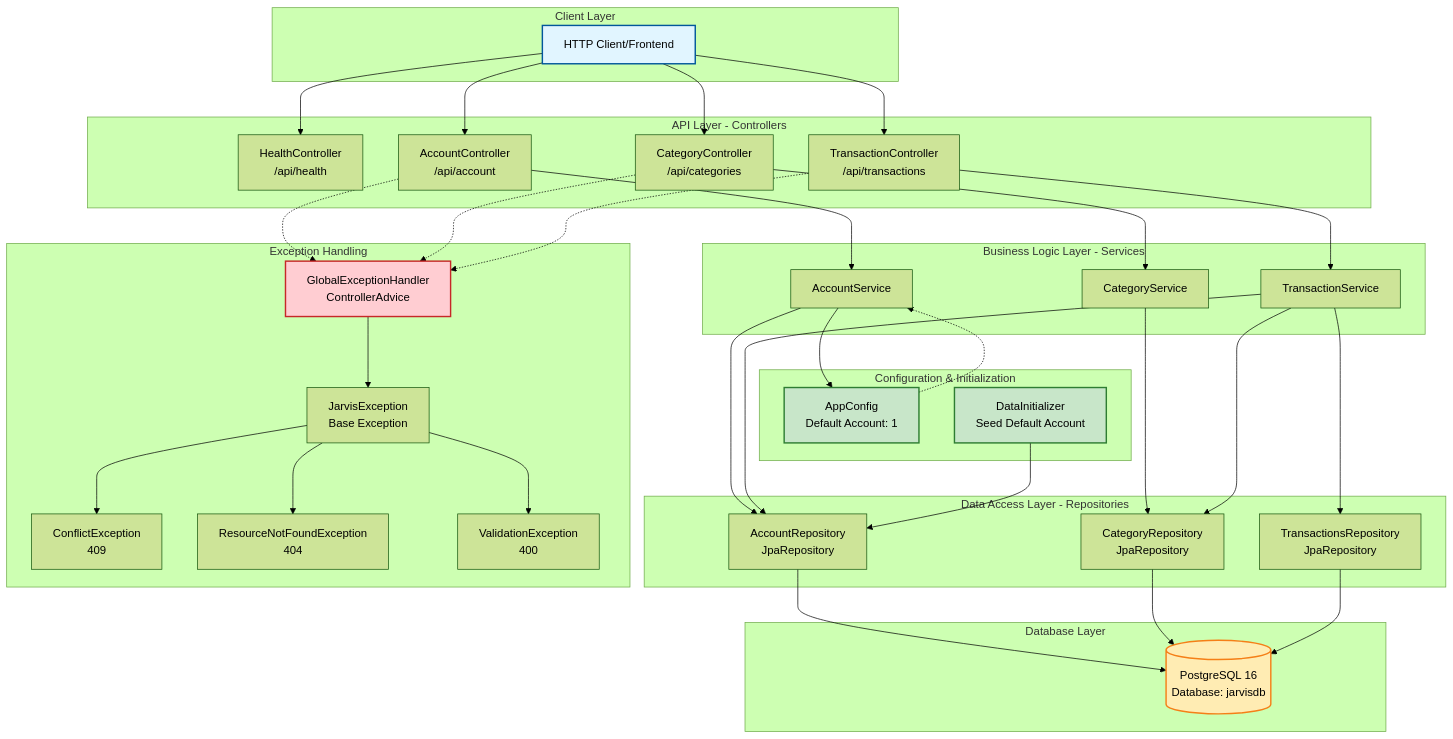
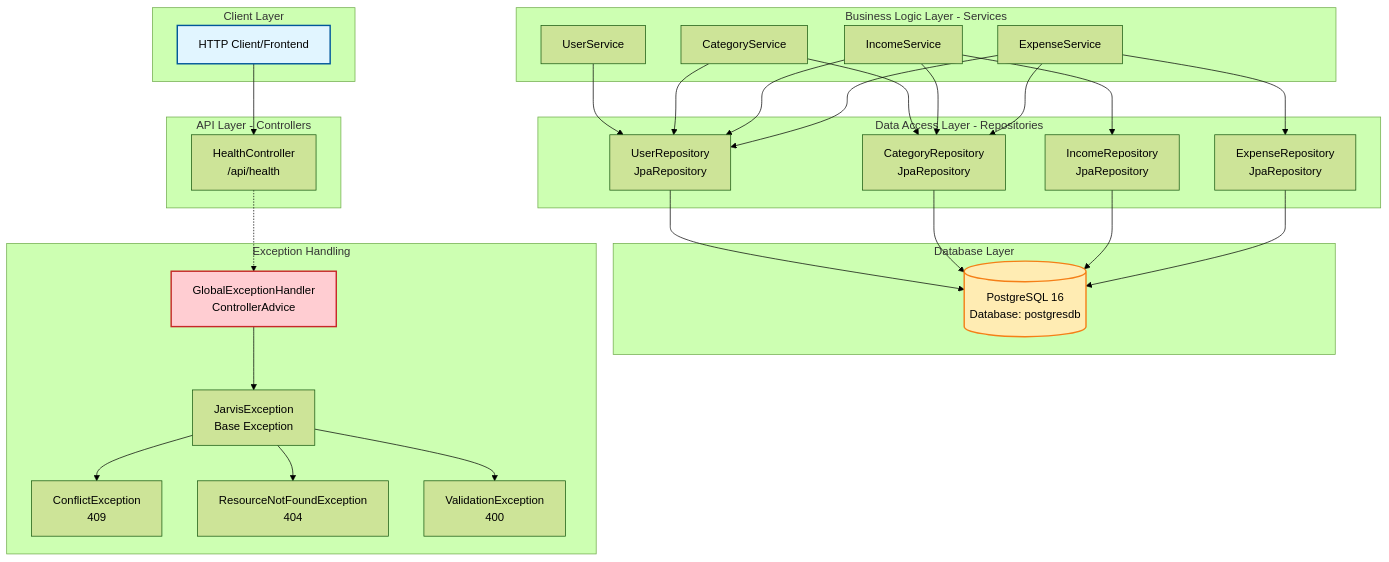
The first of 10 diagrams in SYSTEM_DESIGN.md (rogerbertan/jarvis-backend), drawn with Mermaid (forest theme) before and after one commit. The commit also changed other lines of this file and 1 other file, not shown here.

Commit message:
feat: update the system design mermaid

````diff
--- a/SYSTEM_DESIGN.md
+++ b/SYSTEM_DESIGN.md
@@ -5,80 +5,64 @@
 ```mermaid
 graph TB
     subgraph "Client Layer"
         CLIENT[HTTP Client/Frontend]
     end
 
     subgraph "API Layer - Controllers"
         HC[HealthController<br/>/api/health]
-        AC[AccountController<br/>/api/account]
-        CC[CategoryController<br/>/api/categories]
-        TC[TransactionController<br/>/api/transactions]
     end
 
     subgraph "Business Logic Layer - Services"
-        AS[AccountService]
+        US[UserService]
         CS[CategoryService]
-        TS[TransactionService]
+        IS[IncomeService]
+        ES[ExpenseService]
     end
 
     subgraph "Data Access Layer - Repositories"
-        AR[AccountRepository<br/>JpaRepository]
+        UR[UserRepository<br/>JpaRepository]
         CR[CategoryRepository<br/>JpaRepository]
-        TR[TransactionsRepository<br/>JpaRepository]
+        IR[IncomeRepository<br/>JpaRepository]
+        ER[ExpenseRepository<br/>JpaRepository]
     end
 
     subgraph "Database Layer"
-        DB[(PostgreSQL 16<br/>Database: jarvisdb)]
-    end
-
-    subgraph "Configuration & Initialization"
-        CONF[AppConfig<br/>Default Account: 1]
-        INIT[DataInitializer<br/>Seed Default Account]
+        DB[(PostgreSQL 16<br/>Database: postgresdb)]
     end
 
     subgraph "Exception Handling"
         GEH[GlobalExceptionHandler<br/>ControllerAdvice]
         JE[JarvisException<br/>Base Exception]
         CNF[ConflictException<br/>409]
         RNF[ResourceNotFoundException<br/>404]
         VE[ValidationException<br/>400]
     end
 
     CLIENT --> HC
-    CLIENT --> AC
-    CLIENT --> CC
-    CLIENT --> TC
 
-    AC --> AS
-    CC --> CS
-    TC --> TS
+    US --> UR
+    CS --> CR
+    CS --> UR
+    IS --> IR
+    IS --> UR
+    IS --> CR
+    ES --> ER
+    ES --> UR
+    ES --> CR
 
-    AS --> AR
-    AS --> CONF
-    CS --> CR
-    TS --> TR
-    TS --> AR
-    TS --> CR
+    UR --> DB
+    CR --> DB
+    IR --> DB
+    ER --> DB
 
-    AR --> DB
-    CR --> DB
-    TR --> DB
-
-    INIT --> AR
-    CONF -.-> AS
-
-    AC -.-> GEH
-    CC -.-> GEH
-    TC -.-> GEH
+    HC -.-> GEH
 
     GEH --> JE
     JE --> CNF
     JE --> RNF
     JE --> VE
 
     style CLIENT fill:#e1f5ff,stroke:#01579b,stroke-width:2px,color:#000
     style DB fill:#ffecb3,stroke:#f57f17,stroke-width:2px,color:#000
     style GEH fill:#ffcdd2,stroke:#c62828,stroke-width:2px,color:#000
-    style CONF fill:#c8e6c9,stroke:#2e7d32,stroke-width:2px,color:#000
-    style INIT fill:#c8e6c9,stroke:#2e7d32,stroke-width:2px,color:#000
 ```
````
